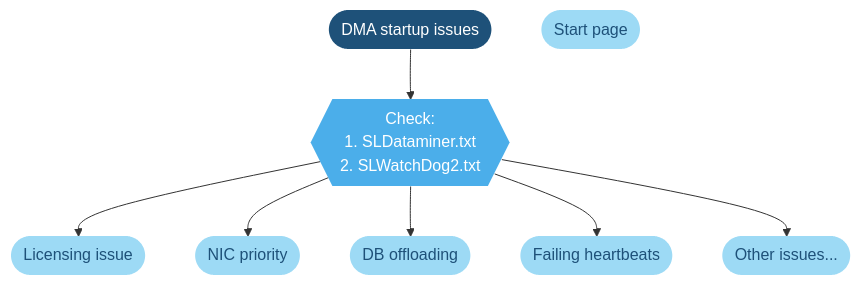
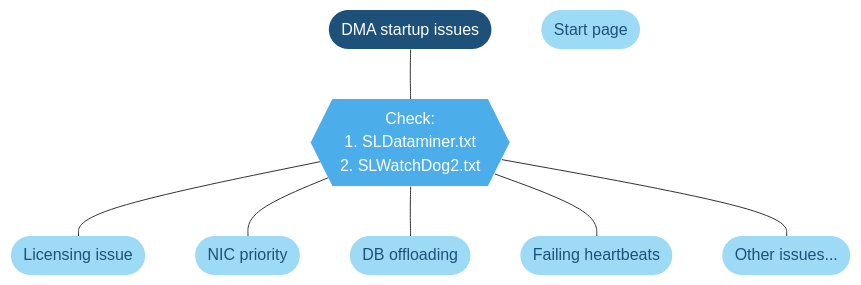
One commit to SkylineCommunications/dataminer-docs changed the diagram in user-guide/Troubleshooting/Troubleshooting_Flowcharts/Troubleshooting_Startup_Issues.md. Above: the diagram before and after it, drawn with Mermaid. The commit also changed 17 other files, not shown here.

```diff
--- a/user-guide/Troubleshooting/Troubleshooting_Flowcharts/Troubleshooting_Startup_Issues.md
+++ b/user-guide/Troubleshooting/Troubleshooting_Flowcharts/Troubleshooting_Startup_Issues.md
@@ -10,32 +10,32 @@
 <div class="mermaid">
 graph TD
 %% Define styles %%
 classDef classTerminal fill:#1e5179,stroke:#1e5179,color:#ffffff,stroke-width:0px;
 classDef classDecision fill:#4baeea,stroke:#4baeea,color:#ffffff,stroke-width:0px;
 classDef classExternalRef fill:#9ddaf5,stroke:#9ddaf5,color:#1E5179,stroke-width:0px;
 classDef classActionClickable fill:#999999,stroke:#999999,color:#ffffff,stroke-width:0px;
 classDef classAction fill:#dddddd,stroke:#dddddd,color:#1E5179,stroke-width:0px;
 classDef classSolution fill:#58595b,stroke:#58595b,color:#ffffff,stroke-width:0px;
 %% Define blocks %%
    START([DMA startup issues])
    HOME([Start page])
    CHECK1{{Check: <br>1. SLDataminer.txt <br>2. SLWatchDog2.txt}}
    licensing([Licensing issue])
    nicpriority([NIC priority])
    dbOffloading([DB offloading])
    failingHeartbeats([Failing heartbeats])
    others([Other issues...])
 %% Connect blocks %%
-   START --> CHECK1
-   CHECK1 --> licensing
-   CHECK1 --> nicpriority
-   CHECK1 --> dbOffloading
-   CHECK1 --> failingHeartbeats
-   CHECK1 --> others
+   START --- CHECK1
+   CHECK1 --- licensing
+   CHECK1 --- nicpriority
+   CHECK1 --- dbOffloading
+   CHECK1 --- failingHeartbeats
+   CHECK1 --- others
 %% Define hyperlinks %%
    click HOME "https://docs.dataminer.services/user-guide/Troubleshooting/Troubleshooting_Flowcharts/Finding_a_Root_Cause.html"
 %% Apply styles to blocks %%
 class START classTerminal;
 class CHECK1 classDecision;
 class HOME,licensing,nicpriority,dbOffloading,failingHeartbeats,others classExternalRef;
 </div>
```
